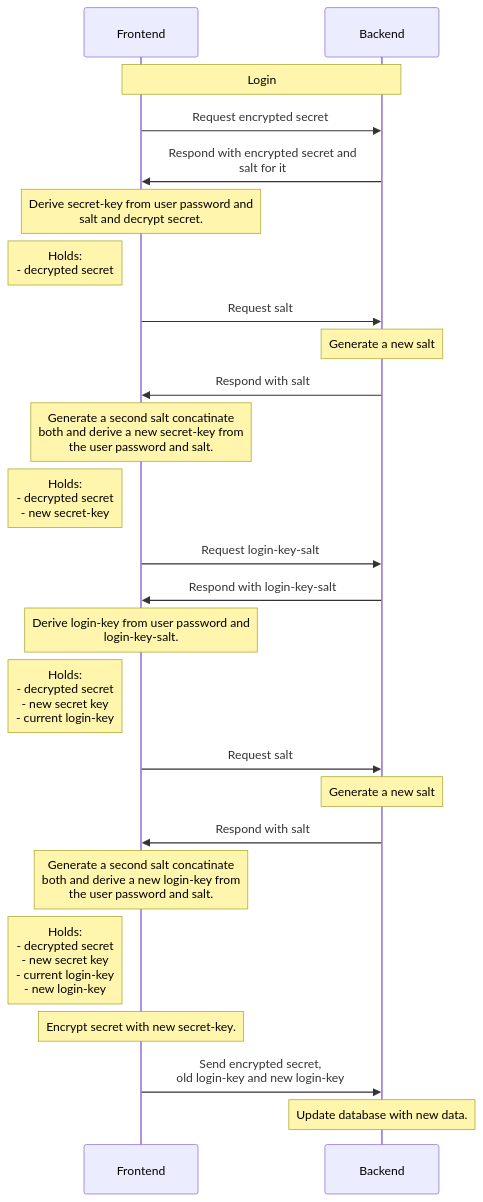
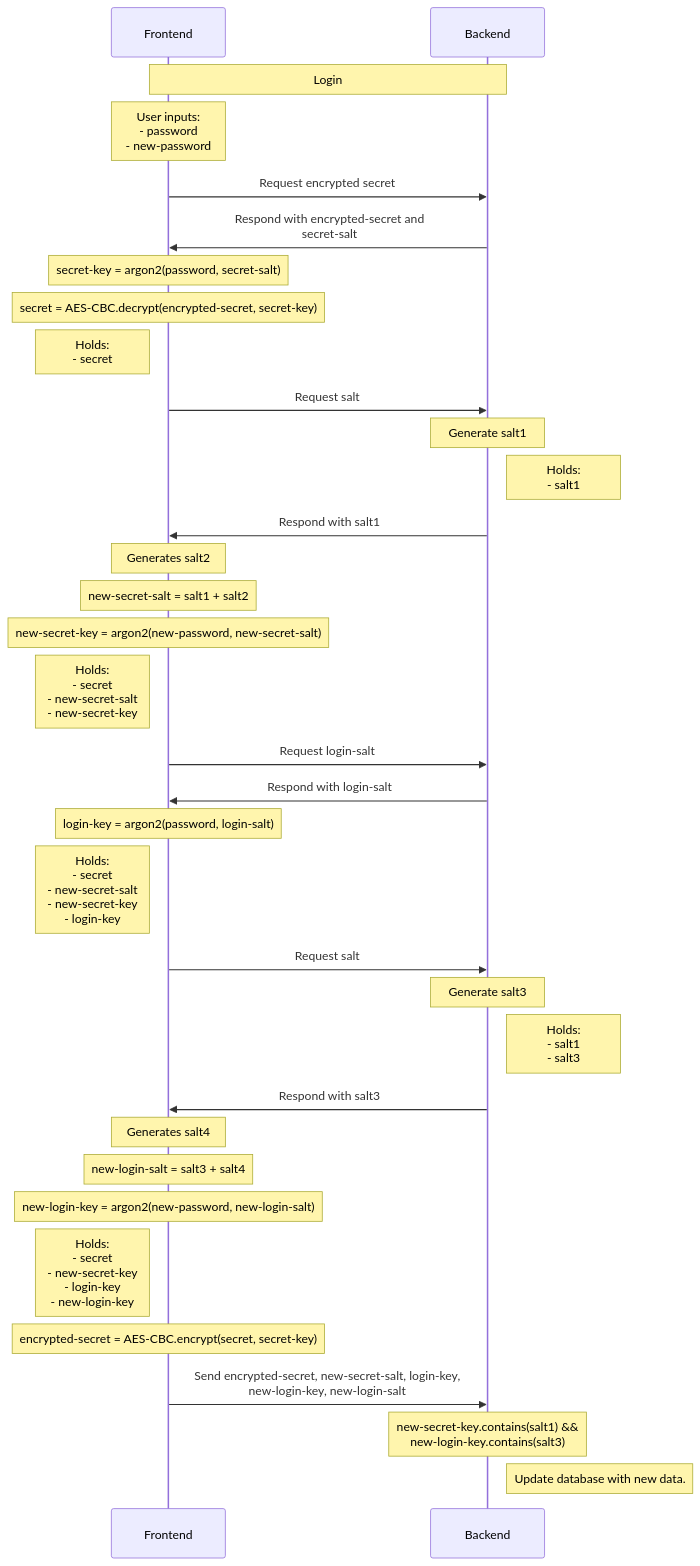
Before and after one commit to Tinkerforge/esp32-remote-access: the ninth of 10 diagrams in sequence.md, drawn with Mermaid. The commit also changed other lines of this file, not shown here.

````diff
--- a/sequence.md
+++ b/sequence.md
@@ -129,26 +193,47 @@
 ```mermaid
 sequenceDiagram
     Note over Frontend, Backend: Login
+    Note over Frontend: User inputs: <br> - password <br> - new-password
 
     Frontend->>Backend: Request encrypted secret
-    Backend->>Frontend: Respond with encrypted secret and <br> salt for it
-    Note over Frontend: Derive secret-key from user password and <br> salt and decrypt secret.
-    Note left of Frontend: Holds: <br> - decrypted secret
+    Backend->>Frontend: Respond with encrypted-secret and <br> secret-salt
+
+    Note over Frontend: secret-key = argon2(password, secret-salt)
+    Note over Frontend: secret = AES-CBC.decrypt(encrypted-secret, secret-key)
+
+    Note left of Frontend: Holds: <br> - secret
+
     Frontend->>Backend: Request salt
-    Note over Backend: Generate a new salt
-    Backend->>Frontend: Respond with salt
-    Note over Frontend: Generate a second salt concatinate <br> both and derive a new secret-key from <br> the user password and salt.
-    Note left of Frontend: Holds: <br> - decrypted secret <br> - new secret-key
-    Frontend->>Backend: Request login-key-salt
-    Backend->>Frontend: Respond with login-key-salt
-    Note over Frontend: Derive login-key from user password and <br> login-key-salt.
-    Note left of Frontend: Holds: <br> - decrypted secret <br> - new secret key <br> - current login-key
+    Note over Backend: Generate salt1
+    Note right of Backend: Holds: <br> - salt1
+    Backend->>Frontend: Respond with salt1
+
+    Note over Frontend: Generates salt2
+    Note over Frontend: new-secret-salt = salt1 + salt2
+    Note over Frontend: new-secret-key = argon2(new-password, new-secret-salt)
+    Note left of Frontend: Holds: <br> - secret <br> - new-secret-salt <br> - new-secret-key
+
+    Frontend->>Backend: Request login-salt
+    Backend->>Frontend: Respond with login-salt
+    Note over Frontend: login-key = argon2(password, login-salt)
+
+    Note left of Frontend: Holds: <br> - secret <br> - new-secret-salt <br> - new-secret-key <br> - login-key
+
     Frontend->>Backend: Request salt
-    Note over Backend: Generate a new salt
-    Backend->>Frontend: Respond with salt
-    Note over Frontend: Generate a second salt concatinate <br> both and derive a new login-key from <br> the user password and salt.
-    Note left of Frontend: Holds: <br> - decrypted secret <br> - new secret key <br> - current login-key <br> - new login-key
-    Note over Frontend: Encrypt secret with new secret-key.
-    Frontend->>Backend: Send encrypted secret, <br> old login-key and new login-key
-    Note over Backend: Update database with new data.
+    Note over Backend: Generate salt3
+    Note right of Backend: Holds: <br> - salt1 <br> - salt3
+    Backend->>Frontend: Respond with salt3
+
+    Note over Frontend: Generates salt4
+    Note over Frontend: new-login-salt = salt3 + salt4
+    Note over Frontend: new-login-key = argon2(new-password, new-login-salt)
+
+    Note left of Frontend: Holds: <br> - secret <br> - new-secret-key <br> - login-key <br> - new-login-key
+
+    Note over Frontend: encrypted-secret = AES-CBC.encrypt(secret, secret-key)
+
+    Frontend->>Backend: Send encrypted-secret, new-secret-salt, login-key, <br> new-login-key, new-login-salt
+
+    Note over Backend: new-secret-key.contains(salt1) && <br> new-login-key.contains(salt3)
+    Note right of Backend: Update database with new data.
 ```
````
